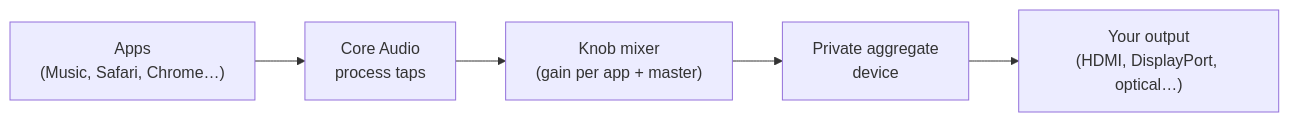
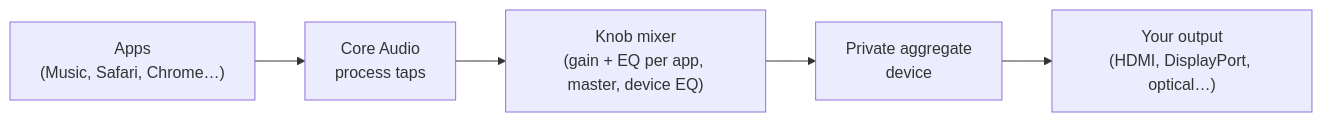
Before and after one commit to uphillbill/knob: the diagram in README.md, drawn with Mermaid. The commit also changed other lines of this file and 15 other files, not shown here.

First line of the commit message:
Add EQ: per-device and per-app 10-band EQ with presets

````diff
--- a/README.md
+++ b/README.md
@@ -32,7 +33,7 @@
 ```mermaid
 flowchart LR
     A["Apps<br/>(Music, Safari, Chrome…)"] --> T["Core Audio<br/>process taps"]
-    T --> M["Knob mixer<br/>(gain per app + master)"]
+    T --> M["Knob mixer<br/>(gain + EQ per app, master, device EQ)"]
     M --> G["Private aggregate<br/>device"]
     G --> O["Your output<br/>(HDMI, DisplayPort, optical…)"]
 ```
````
